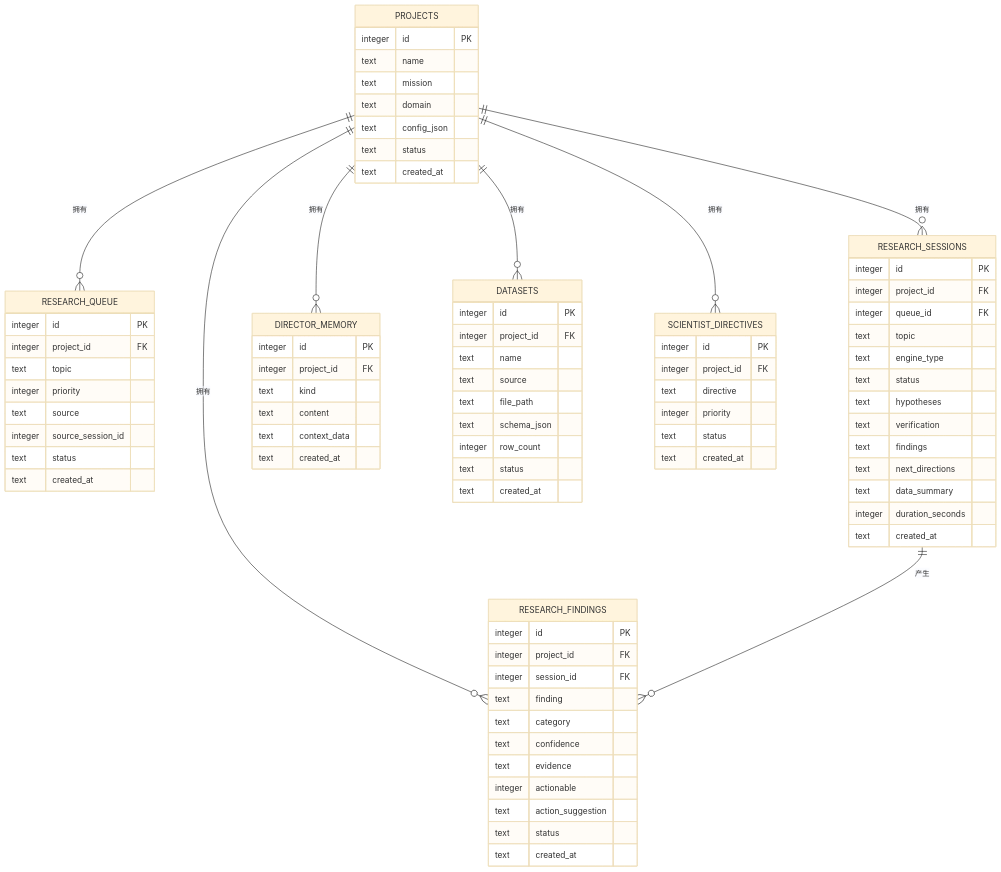
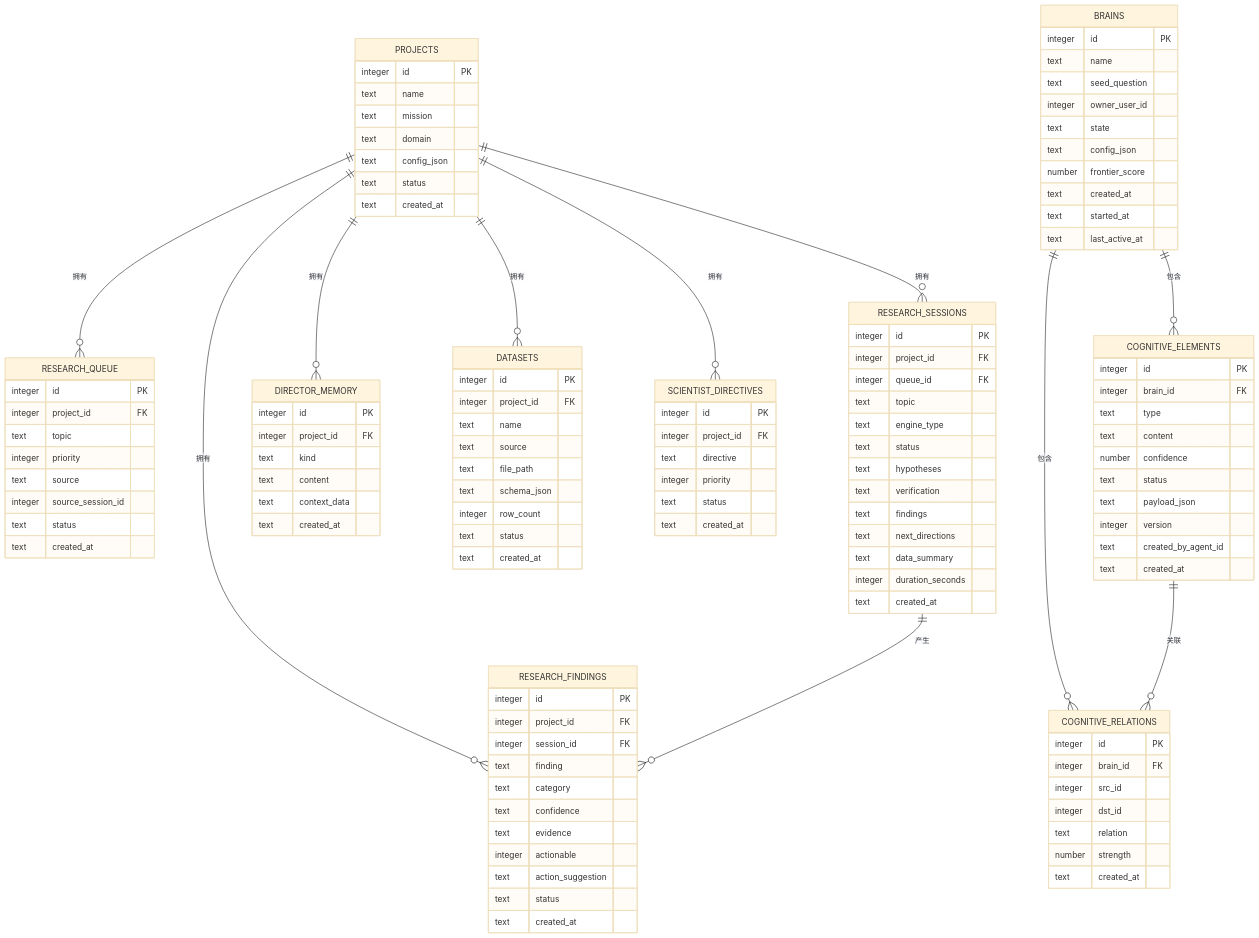
One commit to GDY-ai/ainstein changed the fifth of 6 diagrams in .qoder/repowiki/zh/content/前端应用/API集成.md. Above: the diagram before and after it, drawn with Mermaid (base theme). The commit also changed other lines of this file and 47 other files, not shown here.

````diff
--- a/.qoder/repowiki/zh/content/前端应用/API集成.md
+++ b/.qoder/repowiki/zh/content/前端应用/API集成.md
@@ -312,6 +391,39 @@
 text status
 text created_at
 }
+BRAINS {
+integer id PK
+text name
+text seed_question
+integer owner_user_id
+text state
+text config_json
+number frontier_score
+text created_at
+text started_at
+text last_active_at
+}
+COGNITIVE_ELEMENTS {
+integer id PK
+integer brain_id FK
+text type
+text content
+number confidence
+text status
+text payload_json
+integer version
+text created_by_agent_id
+text created_at
+}
+COGNITIVE_RELATIONS {
+integer id PK
+integer brain_id FK
+integer src_id
+integer dst_id
+text relation
+number strength
+text created_at
+}
 PROJECTS ||--o{ RESEARCH_QUEUE : "拥有"
 PROJECTS ||--o{ RESEARCH_SESSIONS : "拥有"
 PROJECTS ||--o{ RESEARCH_FINDINGS : "拥有"
@@ -319,4 +431,7 @@
 PROJECTS ||--o{ DATASETS : "拥有"
 PROJECTS ||--o{ SCIENTIST_DIRECTIVES : "拥有"
 RESEARCH_SESSIONS ||--o{ RESEARCH_FINDINGS : "产生"
+BRAINS ||--o{ COGNITIVE_ELEMENTS : "包含"
+BRAINS ||--o{ COGNITIVE_RELATIONS : "包含"
+COGNITIVE_ELEMENTS ||--o{ COGNITIVE_RELATIONS : "关联"
 ```
````
